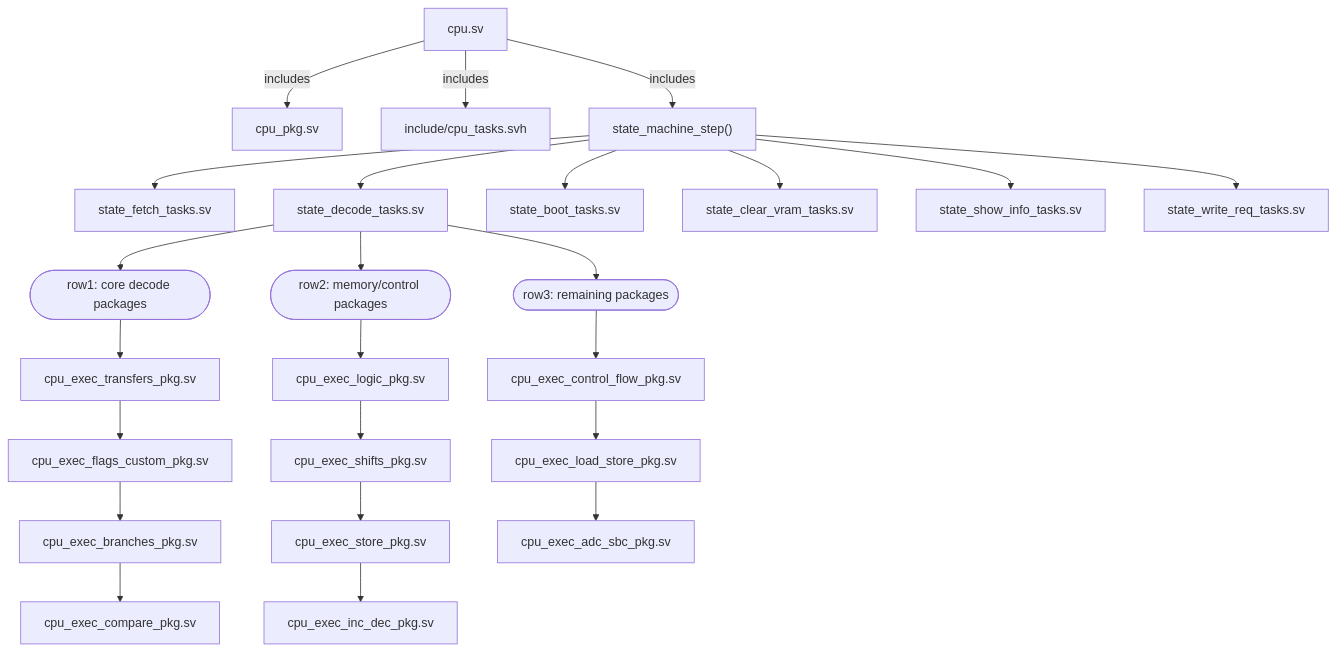
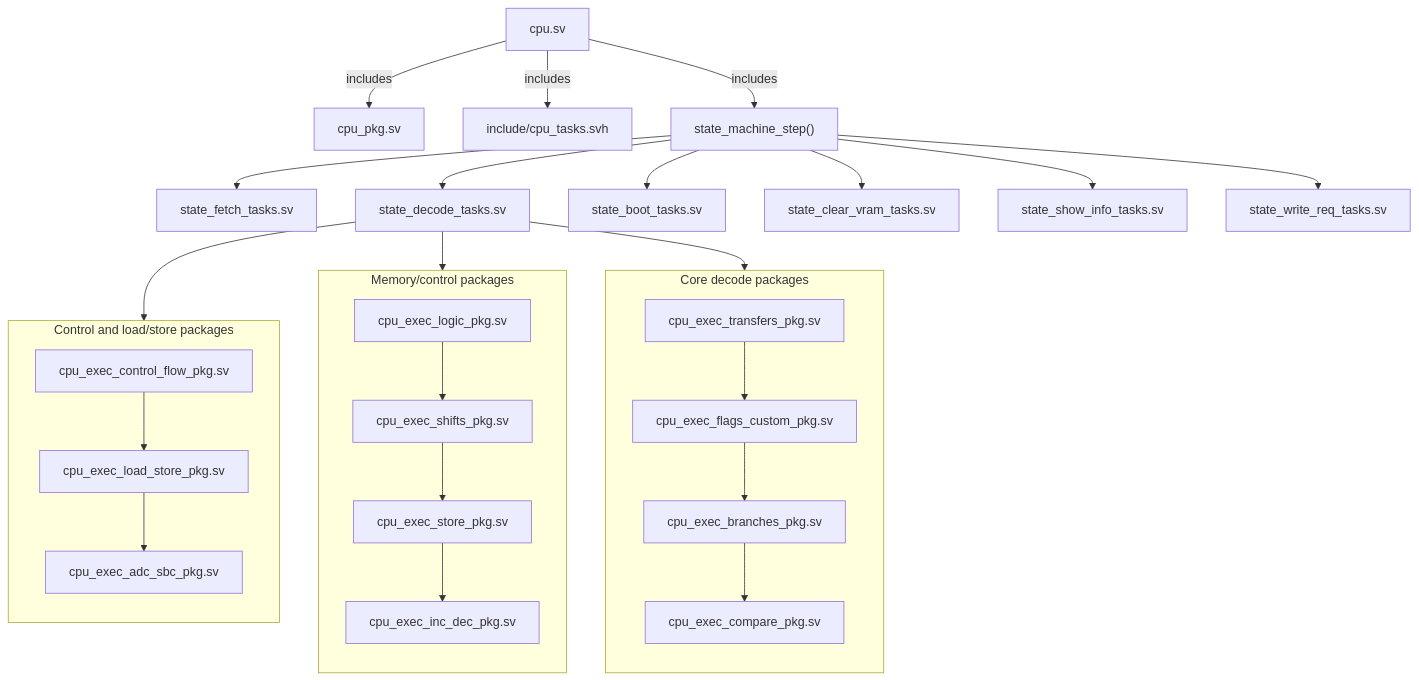
One commit to sokoide/tangnano_6502_cpu changed the third of 5 diagrams in day99_completed/docs/README_architecture_en.md. Above: the diagram before and after it, drawn with Mermaid. The commit also changed other lines of this file and 5 other files, not shown here.

````diff
--- a/day99_completed/docs/README_architecture_en.md
+++ b/day99_completed/docs/README_architecture_en.md
@@ -172,19 +174,32 @@
 ```mermaid
-graph TD
+graph TB
     cpu[cpu.sv]
     cpu -->|includes| pkg[cpu_pkg.sv]
     cpu -->|includes| tasks[include/cpu_tasks.svh]
     cpu -->|includes| state_machine["state_machine_step()"]
     state_machine --> state_fetch[state_fetch_tasks.sv]
     state_machine --> state_decode[state_decode_tasks.sv]
     state_machine --> state_boot[state_boot_tasks.sv]
     state_machine --> state_clear[state_clear_vram_tasks.sv]
     state_machine --> state_show[state_show_info_tasks.sv]
     state_machine --> state_write_req[state_write_req_tasks.sv]
-    state_decode --> row1([row1: core decode packages])
-    row1 --> exec_transfers[cpu_exec_transfers_pkg.sv] --> exec_flags[cpu_exec_flags_custom_pkg.sv] --> exec_branches[cpu_exec_branches_pkg.sv] --> exec_compare[cpu_exec_compare_pkg.sv]
-    state_decode --> row2([row2: memory/control packages])
-    row2 --> exec_logic[cpu_exec_logic_pkg.sv] --> exec_shifts[cpu_exec_shifts_pkg.sv] --> exec_store[cpu_exec_store_pkg.sv] --> exec_inc_dec[cpu_exec_inc_dec_pkg.sv]
-    state_decode --> row3([row3: remaining packages])
-    row3 --> exec_control_flow[cpu_exec_control_flow_pkg.sv] --> exec_load_store[cpu_exec_load_store_pkg.sv] --> exec_adc_sbc[cpu_exec_adc_sbc_pkg.sv]
+
+    state_decode --> exec_transfers
+    state_decode --> exec_logic
+    state_decode --> exec_control_flow
+
+    subgraph decode_col1["Core decode packages"]
+      direction TB
+      exec_transfers[cpu_exec_transfers_pkg.sv] --> exec_flags[cpu_exec_flags_custom_pkg.sv] --> exec_branches[cpu_exec_branches_pkg.sv] --> exec_compare[cpu_exec_compare_pkg.sv]
+    end
+
+    subgraph decode_col2["Memory/control packages"]
+      direction TB
+      exec_logic[cpu_exec_logic_pkg.sv] --> exec_shifts[cpu_exec_shifts_pkg.sv] --> exec_store[cpu_exec_store_pkg.sv] --> exec_inc_dec[cpu_exec_inc_dec_pkg.sv]
+    end
+
+    subgraph decode_col3["Control and load/store packages"]
+      direction TB
+      exec_control_flow[cpu_exec_control_flow_pkg.sv] --> exec_load_store[cpu_exec_load_store_pkg.sv] --> exec_adc_sbc[cpu_exec_adc_sbc_pkg.sv]
+    end
 ```
````
